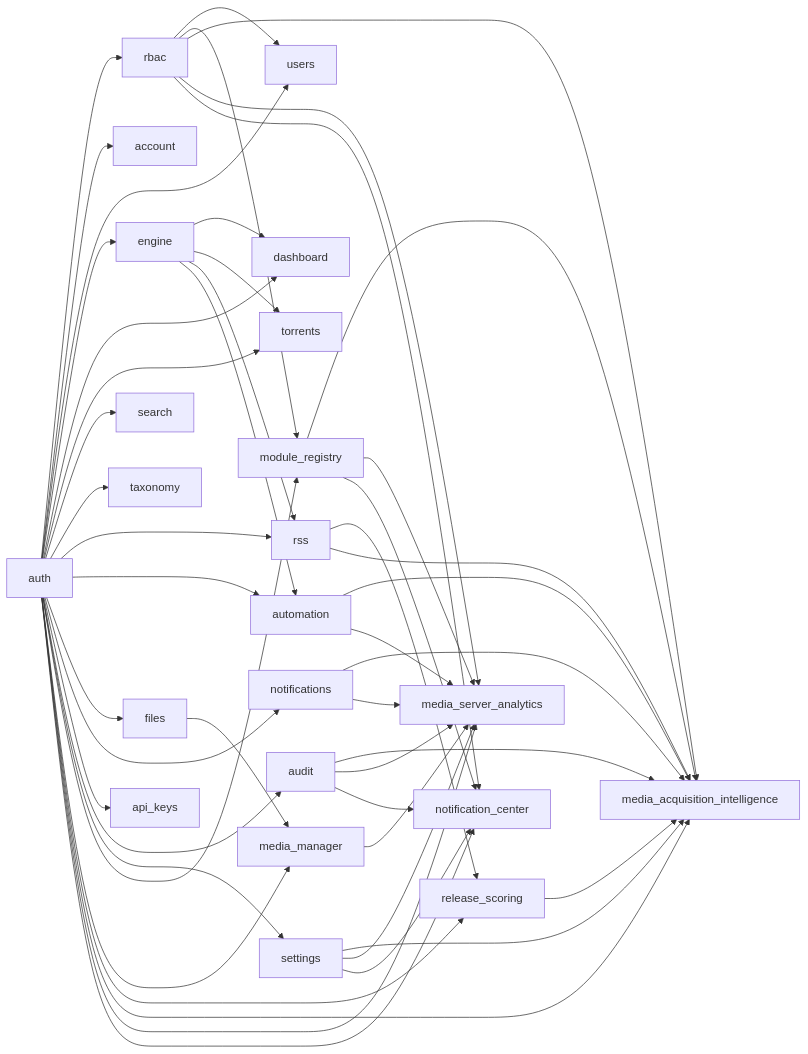
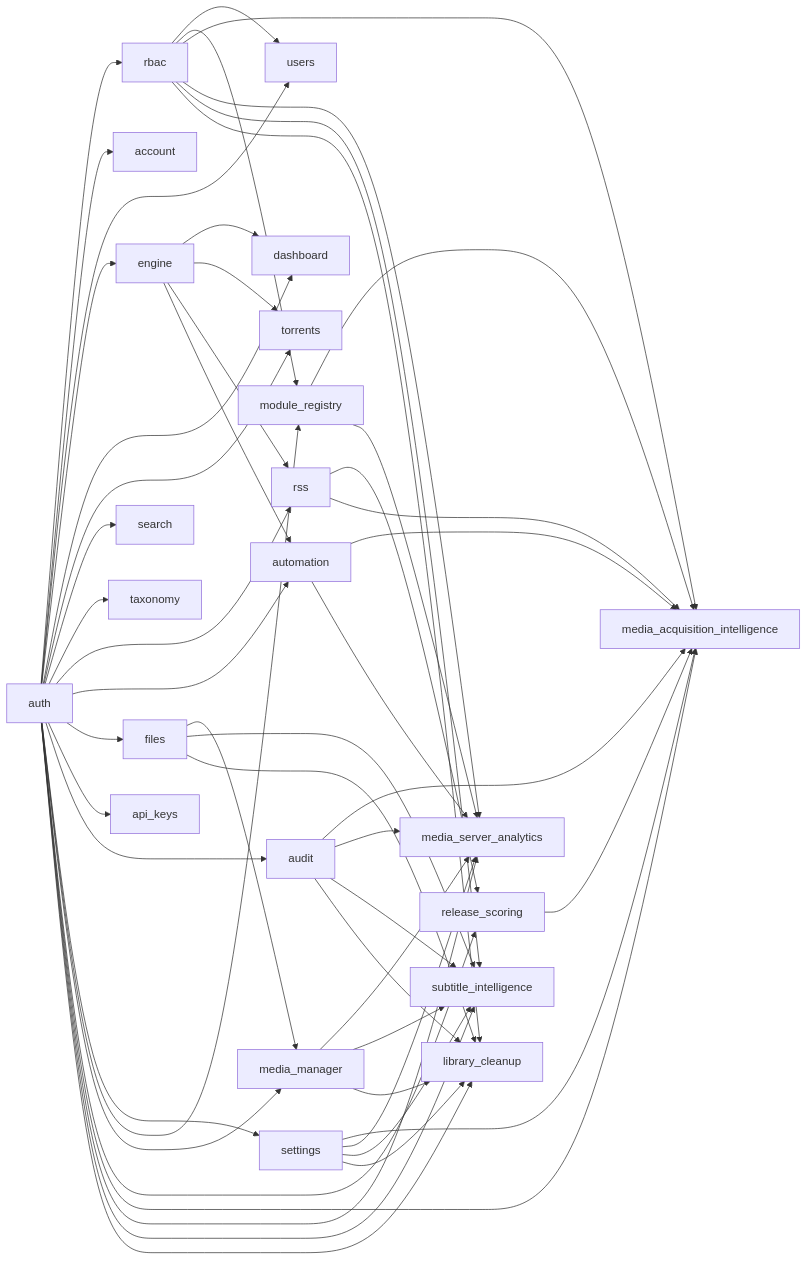
Before and after one commit to damirabal/ultratorrent-core: the diagram in website/docs/reference/modules.md, drawn with Mermaid. The commit also changed other lines of this file and 55 other files, not shown here.

````diff
--- a/website/docs/reference/modules.md
+++ b/website/docs/reference/modules.md
@@ -25,51 +25,55 @@
 ```mermaid
 graph LR
   auth["auth"] --> rbac["rbac"]
   auth["auth"] --> account["account"]
   auth["auth"] --> users["users"]
   rbac["rbac"] --> users["users"]
   auth["auth"] --> engine["engine"]
   auth["auth"] --> dashboard["dashboard"]
   engine["engine"] --> dashboard["dashboard"]
   auth["auth"] --> torrents["torrents"]
   engine["engine"] --> torrents["torrents"]
   auth["auth"] --> search["search"]
   auth["auth"] --> taxonomy["taxonomy"]
   auth["auth"] --> rss["rss"]
   engine["engine"] --> rss["rss"]
   auth["auth"] --> automation["automation"]
   engine["engine"] --> automation["automation"]
   auth["auth"] --> files["files"]
-  auth["auth"] --> notifications["notifications"]
   auth["auth"] --> api_keys["api_keys"]
   auth["auth"] --> audit["audit"]
   auth["auth"] --> settings["settings"]
   auth["auth"] --> module_registry["module_registry"]
   rbac["rbac"] --> module_registry["module_registry"]
   auth["auth"] --> media_manager["media_manager"]
   files["files"] --> media_manager["media_manager"]
   auth["auth"] --> release_scoring["release_scoring"]
   rss["rss"] --> release_scoring["release_scoring"]
   auth["auth"] --> media_acquisition_intelligence["media_acquisition_intelligence"]
   rbac["rbac"] --> media_acquisition_intelligence["media_acquisition_intelligence"]
   module_registry["module_registry"] --> media_acquisition_intelligence["media_acquisition_intelligence"]
   audit["audit"] --> media_acquisition_intelligence["media_acquisition_intelligence"]
-  notifications["notifications"] --> media_acquisition_intelligence["media_acquisition_intelligence"]
   settings["settings"] --> media_acquisition_intelligence["media_acquisition_intelligence"]
   rss["rss"] --> media_acquisition_intelligence["media_acquisition_intelligence"]
   automation["automation"] --> media_acquisition_intelligence["media_acquisition_intelligence"]
   release_scoring["release_scoring"] --> media_acquisition_intelligence["media_acquisition_intelligence"]
   auth["auth"] --> media_server_analytics["media_server_analytics"]
   rbac["rbac"] --> media_server_analytics["media_server_analytics"]
   module_registry["module_registry"] --> media_server_analytics["media_server_analytics"]
   audit["audit"] --> media_server_analytics["media_server_analytics"]
-  notifications["notifications"] --> media_server_analytics["media_server_analytics"]
   settings["settings"] --> media_server_analytics["media_server_analytics"]
   media_manager["media_manager"] --> media_server_analytics["media_server_analytics"]
   automation["automation"] --> media_server_analytics["media_server_analytics"]
-  auth["auth"] --> notification_center["notification_center"]
-  rbac["rbac"] --> notification_center["notification_center"]
-  module_registry["module_registry"] --> notification_center["notification_center"]
-  audit["audit"] --> notification_center["notification_center"]
-  settings["settings"] --> notification_center["notification_center"]
+  auth["auth"] --> subtitle_intelligence["subtitle_intelligence"]
+  rbac["rbac"] --> subtitle_intelligence["subtitle_intelligence"]
+  files["files"] --> subtitle_intelligence["subtitle_intelligence"]
+  audit["audit"] --> subtitle_intelligence["subtitle_intelligence"]
+  settings["settings"] --> subtitle_intelligence["subtitle_intelligence"]
+  media_manager["media_manager"] --> subtitle_intelligence["subtitle_intelligence"]
+  auth["auth"] --> library_cleanup["library_cleanup"]
+  rbac["rbac"] --> library_cleanup["library_cleanup"]
+  files["files"] --> library_cleanup["library_cleanup"]
+  audit["audit"] --> library_cleanup["library_cleanup"]
+  settings["settings"] --> library_cleanup["library_cleanup"]
+  media_manager["media_manager"] --> library_cleanup["library_cleanup"]
 ```
````
